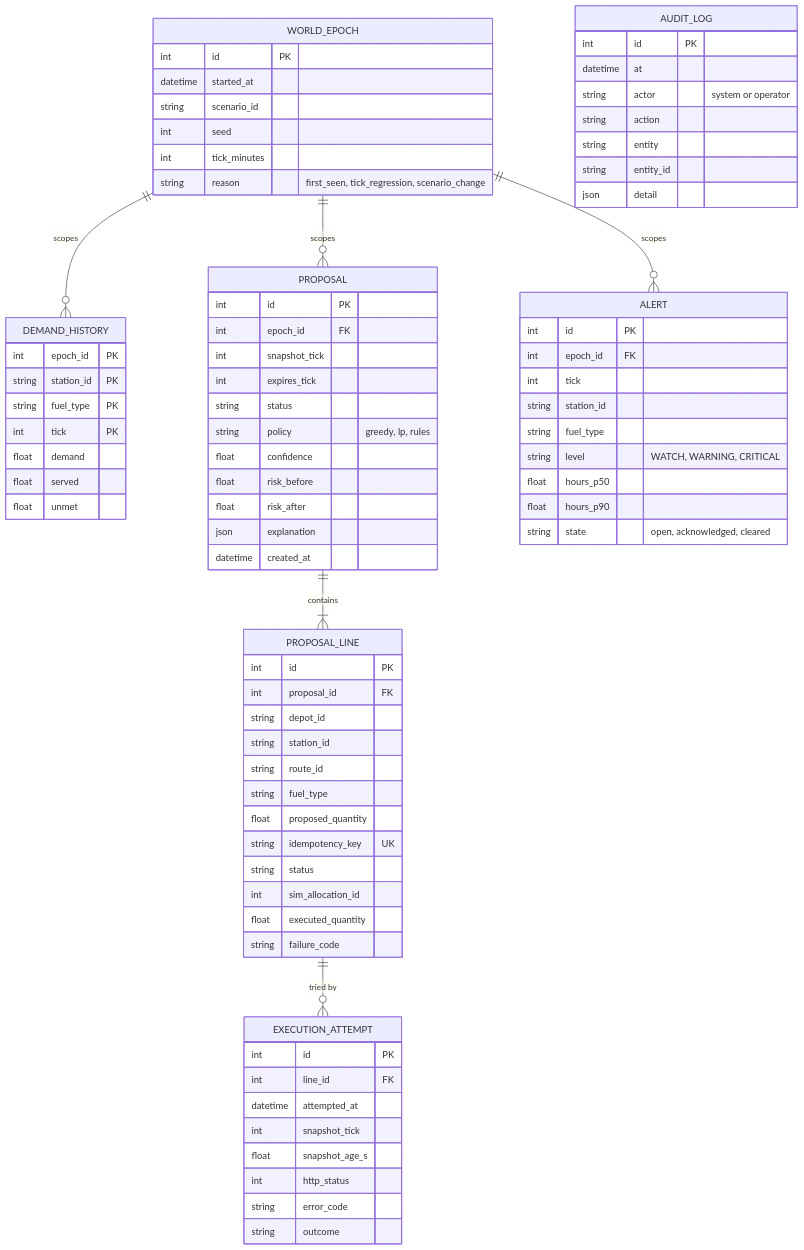
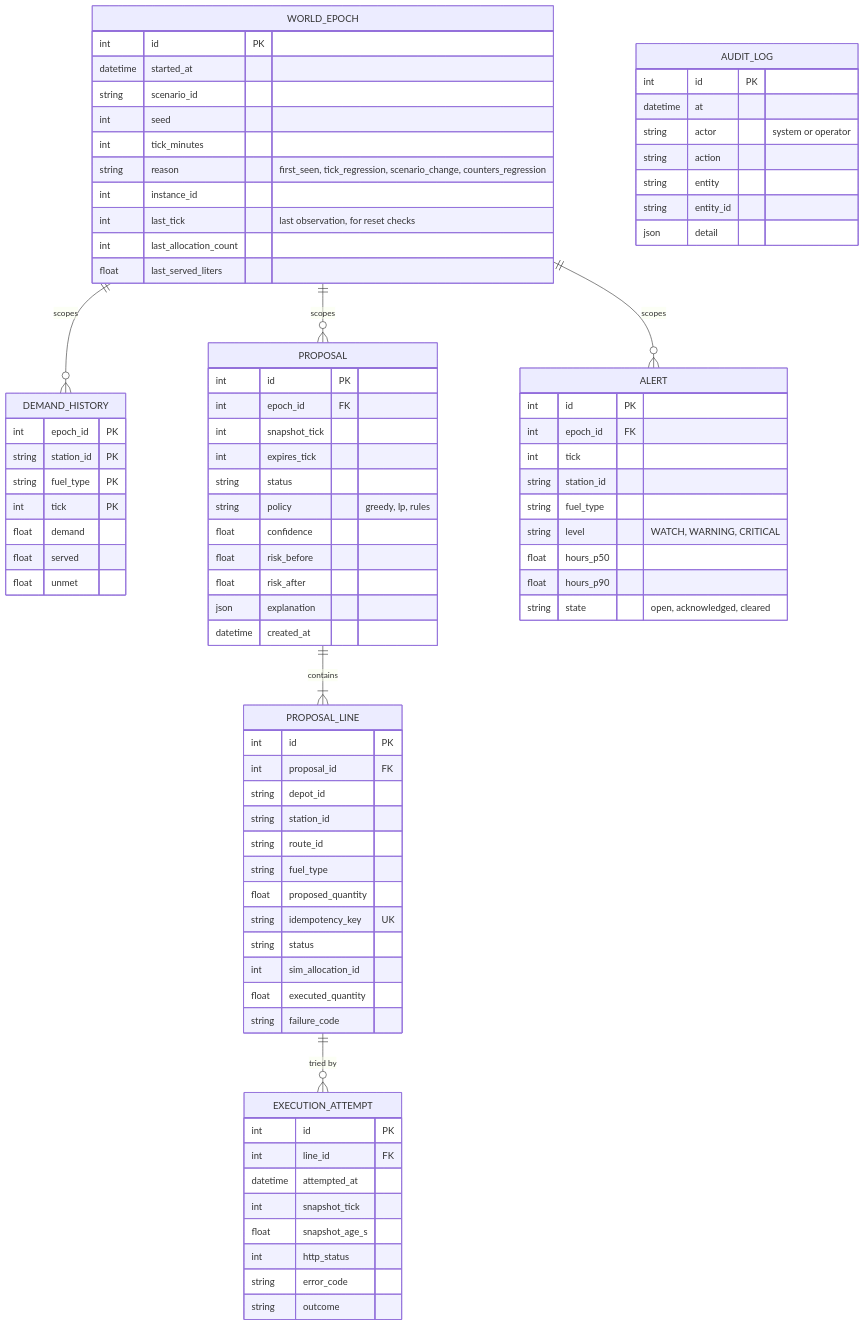
One commit to mmi404/fuelwatch changed the third of 3 diagrams in docs/design/03-data-model.md. Above: the diagram before and after it, drawn with Mermaid. The commit also changed other lines of this file and 14 other files, not shown here.

```diff
--- a/docs/design/03-data-model.md
+++ b/docs/design/03-data-model.md
@@ -164,7 +164,11 @@
     string scenario_id
     int seed
     int tick_minutes
-    string reason "first_seen, tick_regression, scenario_change"
+    string reason "first_seen, tick_regression, scenario_change, counters_regression"
+    int instance_id
+    int last_tick "last observation, for reset checks"
+    int last_allocation_count
+    float last_served_liters
   }
   DEMAND_HISTORY {
     int epoch_id PK
```
